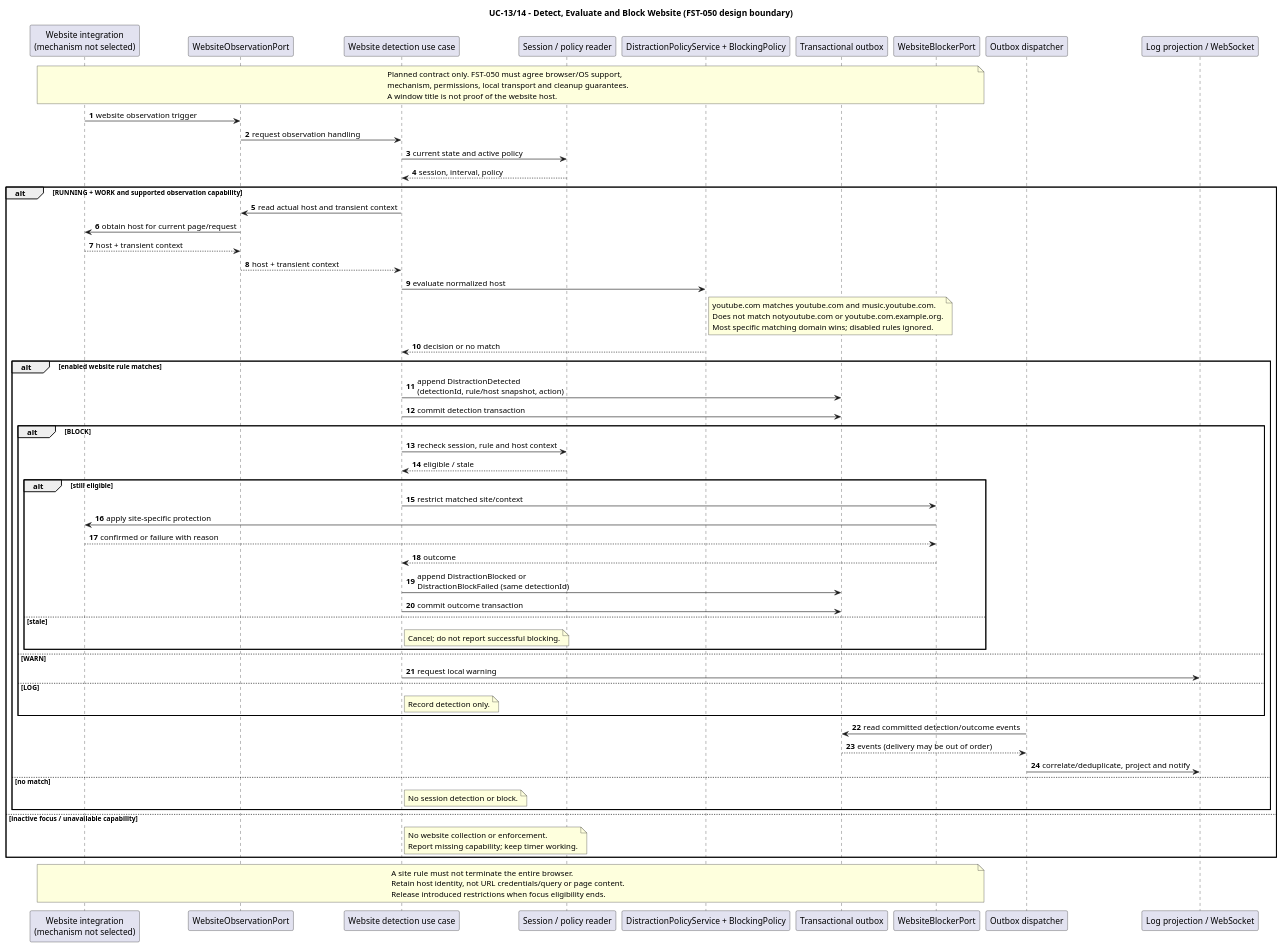
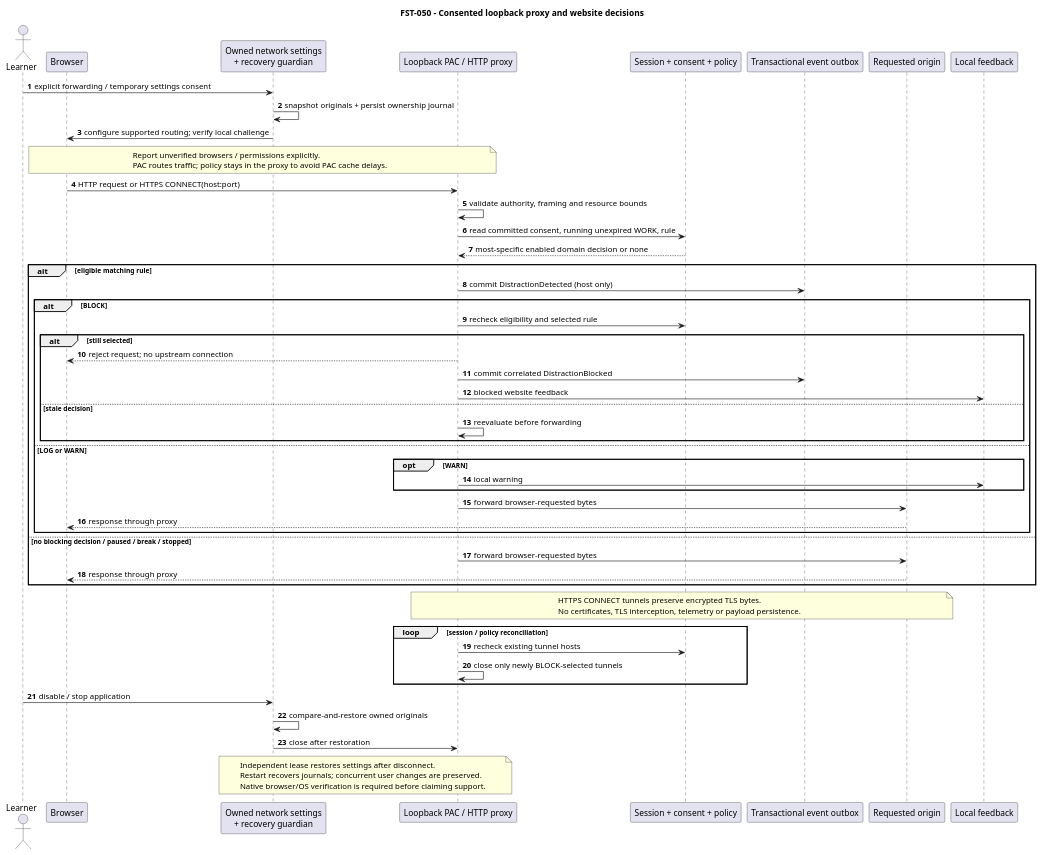
The diagram in docs/SD/SD_DetectAndBlockWebsite.puml (MiguelRibeiro1210/Focus-and-Study-Tracking), drawn with PlantUML before and after one commit. The commit also changed 4 other files, not shown here.

First line of the commit message:
docs(blocking): define consented website proxy and restoration contract

```diff
--- a/docs/SD/SD_DetectAndBlockWebsite.puml
+++ b/docs/SD/SD_DetectAndBlockWebsite.puml
@@ -1,73 +1,61 @@
 @startuml
-title UC-13/14 - Detect, Evaluate and Block Website (FST-050 design boundary)
+title FST-050 - Consented loopback proxy and website decisions
 autonumber
-participant "Website integration\n(mechanism not selected)" as Integration
-participant "WebsiteObservationPort" as Observation
-participant "Website detection use case" as Detect
-participant "Session / policy reader" as Current
-participant "DistractionPolicyService + BlockingPolicy" as Policy
-participant "Transactional outbox" as Outbox
-participant "WebsiteBlockerPort" as Blocker
-participant "Outbox dispatcher" as Dispatch
-participant "Log projection / WebSocket" as Consumers
-
-note over Integration, Blocker
-  Planned contract only. FST-050 must agree browser/OS support,
-  mechanism, permissions, local transport and cleanup guarantees.
-  A window title is not proof of the website host.
+actor Learner
+participant Browser
+participant "Owned network settings\n+ recovery guardian" as Settings
+participant "Loopback PAC / HTTP proxy" as Proxy
+participant "Session + consent + policy" as Current
+participant "Transactional event outbox" as Events
+participant "Requested origin" as Origin
+participant "Local feedback" as UI
+Learner -> Settings : explicit forwarding / temporary settings consent
+Settings -> Settings : snapshot originals + persist ownership journal
+Settings -> Browser : configure supported routing; verify local challenge
+note over Browser, Proxy
+  Report unverified browsers / permissions explicitly.
+  PAC routes traffic; policy stays in the proxy to avoid PAC cache delays.
 end note
-Integration -> Observation : website observation trigger
-Observation -> Detect : request observation handling
-Detect -> Current : current state and active policy
-Current --> Detect : session, interval, policy
-alt RUNNING + WORK and supported observation capability
-  Detect -> Observation : read actual host and transient context
-  Observation -> Integration : obtain host for current page/request
-  Integration --> Observation : host + transient context
-  Observation --> Detect : host + transient context
-  Detect -> Policy : evaluate normalized host
-  note right of Policy
-    youtube.com matches youtube.com and music.youtube.com.
-    Does not match notyoutube.com or youtube.com.example.org.
-    Most specific matching domain wins; disabled rules ignored.
-  end note
-  Policy --> Detect : decision or no match
-  alt enabled website rule matches
-    Detect -> Outbox : append DistractionDetected\n(detectionId, rule/host snapshot, action)
-    Detect -> Outbox : commit detection transaction
-    alt BLOCK
-      Detect -> Current : recheck session, rule and host context
-      Current --> Detect : eligible / stale
-      alt still eligible
-        Detect -> Blocker : restrict matched site/context
-        Blocker -> Integration : apply site-specific protection
-        Integration --> Blocker : confirmed or failure with reason
-        Blocker --> Detect : outcome
-        Detect -> Outbox : append DistractionBlocked or\nDistractionBlockFailed (same detectionId)
-        Detect -> Outbox : commit outcome transaction
-      else stale
-        note right of Detect : Cancel; do not report successful blocking.
-      end
-    else WARN
-      Detect -> Consumers : request local warning
-    else LOG
-      note right of Detect : Record detection only.
+Browser -> Proxy : HTTP request or HTTPS CONNECT(host:port)
+Proxy -> Proxy : validate authority, framing and resource bounds
+Proxy -> Current : read committed consent, running unexpired WORK, rule
+Current --> Proxy : most-specific enabled domain decision or none
+alt eligible matching rule
+  Proxy -> Events : commit DistractionDetected (host only)
+  alt BLOCK
+    Proxy -> Current : recheck eligibility and selected rule
+    alt still selected
+      Proxy --> Browser : reject request; no upstream connection
+      Proxy -> Events : commit correlated DistractionBlocked
+      Proxy -> UI : blocked website feedback
+    else stale decision
+      Proxy -> Proxy : reevaluate before forwarding
     end
-    Dispatch -> Outbox : read committed detection/outcome events
-    Outbox --> Dispatch : events (delivery may be out of order)
-    Dispatch -> Consumers : correlate/deduplicate, project and notify
-  else no match
-    note right of Detect : No session detection or block.
+  else LOG or WARN
+    opt WARN
+      Proxy -> UI : local warning
+    end
+    Proxy -> Origin : forward browser-requested bytes
+    Origin --> Browser : response through proxy
   end
-else inactive focus / unavailable capability
-  note right of Detect
-    No website collection or enforcement.
-    Report missing capability; keep timer working.
-  end note
+else no blocking decision / paused / break / stopped
+  Proxy -> Origin : forward browser-requested bytes
+  Origin --> Browser : response through proxy
 end
-note over Integration, Blocker
-  A site rule must not terminate the entire browser.
-  Retain host identity, not URL credentials/query or page content.
-  Release introduced restrictions when focus eligibility ends.
+note over Proxy, Origin
+  HTTPS CONNECT tunnels preserve encrypted TLS bytes.
+  No certificates, TLS interception, telemetry or payload persistence.
+end note
+loop session / policy reconciliation
+  Proxy -> Current : recheck existing tunnel hosts
+  Proxy -> Proxy : close only newly BLOCK-selected tunnels
+end
+Learner -> Settings : disable / stop application
+Settings -> Settings : compare-and-restore owned originals
+Settings -> Proxy : close after restoration
+note over Settings, Proxy
+  Independent lease restores settings after disconnect.
+  Restart recovers journals; concurrent user changes are preserved.
+  Native browser/OS verification is required before claiming support.
 end note
 @enduml
```
